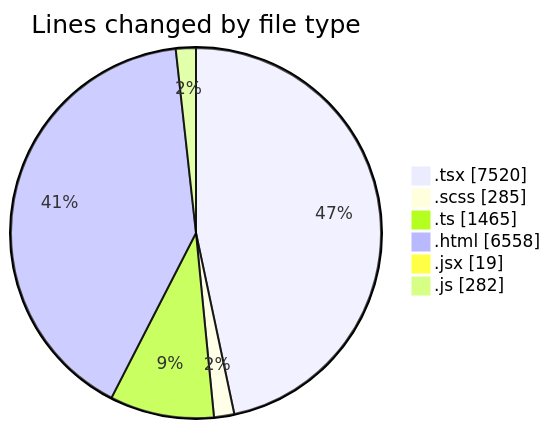
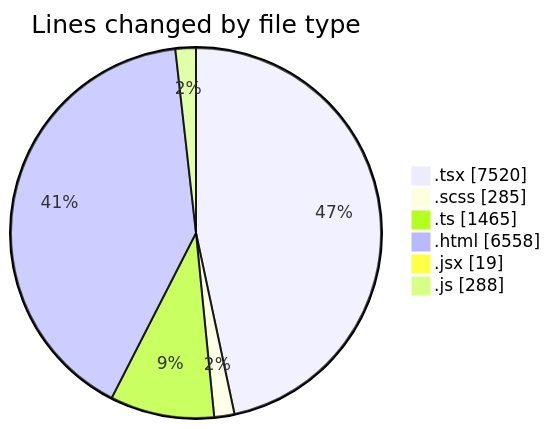
The first of 2 diagrams in 2026-02-25/cda/README.md (momahboobian/code-tracking), drawn with Mermaid before and after one commit. The commit also changed other lines of this file and 1 other file, not shown here.

````diff
--- a/2026-02-25/cda/README.md
+++ b/2026-02-25/cda/README.md
@@ -30,10 +30,10 @@
 ```mermaid
 pie showData
 title Lines changed by file type
 ".tsx" : 7520
 ".scss" : 285
 ".ts" : 1465
 ".html" : 6558
 ".jsx" : 19
-".js" : 282
+".js" : 288
 ```
````
